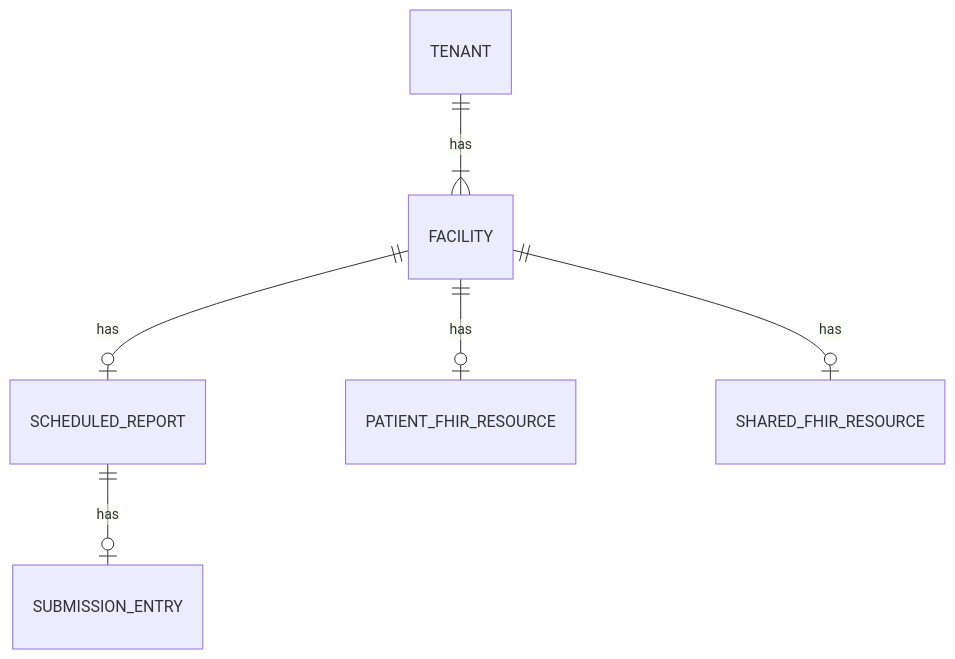
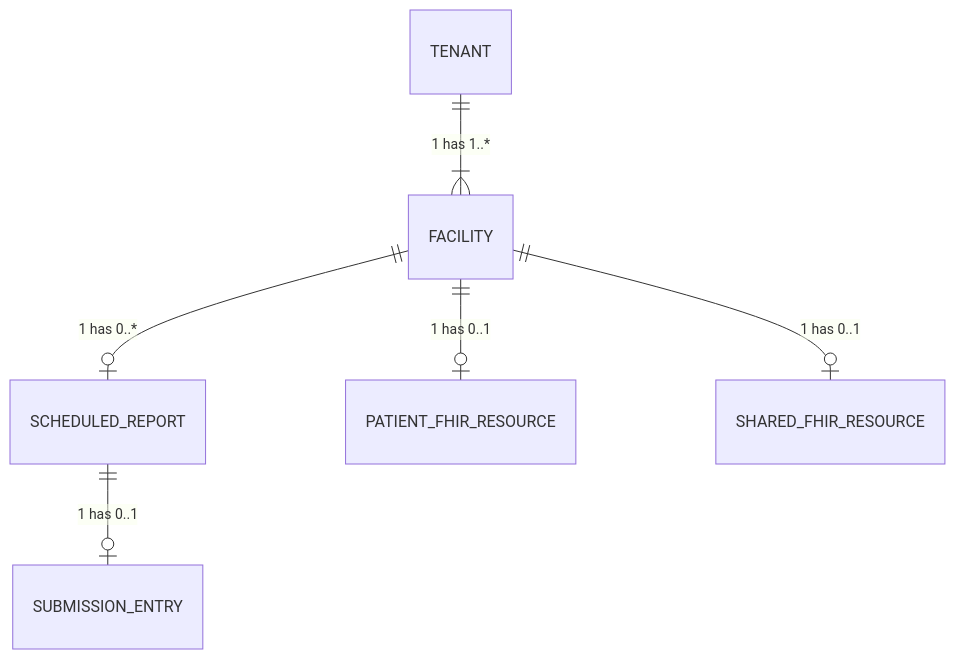
Before and after one commit to lantanagroup/link-cloud: the eighth of 9 diagrams in docs/docs/proposals/tenant-multi-facility-proposal.mdx, drawn with Mermaid. The commit also changed other lines of this file, not shown here.

Commit message:
Updated ERD relationship labels

````diff
--- a/docs/docs/proposals/tenant-multi-facility-proposal.mdx
+++ b/docs/docs/proposals/tenant-multi-facility-proposal.mdx
@@ -448,10 +457,10 @@
 ```mermaid
 
 erDiagram
-	TENANT||--|{FACILITY:"has"
-	FACILITY||--o|SCHEDULED_REPORT:"has"
-	SCHEDULED_REPORT||--o|SUBMISSION_ENTRY:"has"
-	FACILITY||--o|PATIENT_FHIR_RESOURCE:"has"
-	FACILITY||--o|SHARED_FHIR_RESOURCE:"has"
+	TENANT||--|{FACILITY:"1 has 1..*"
+	FACILITY||--o|SCHEDULED_REPORT:"1 has 0..*"
+	SCHEDULED_REPORT||--o|SUBMISSION_ENTRY:"1 has 0..1"
+	FACILITY||--o|PATIENT_FHIR_RESOURCE:"1 has 0..1"
+	FACILITY||--o|SHARED_FHIR_RESOURCE:"1 has 0..1"
 
 ```
````
